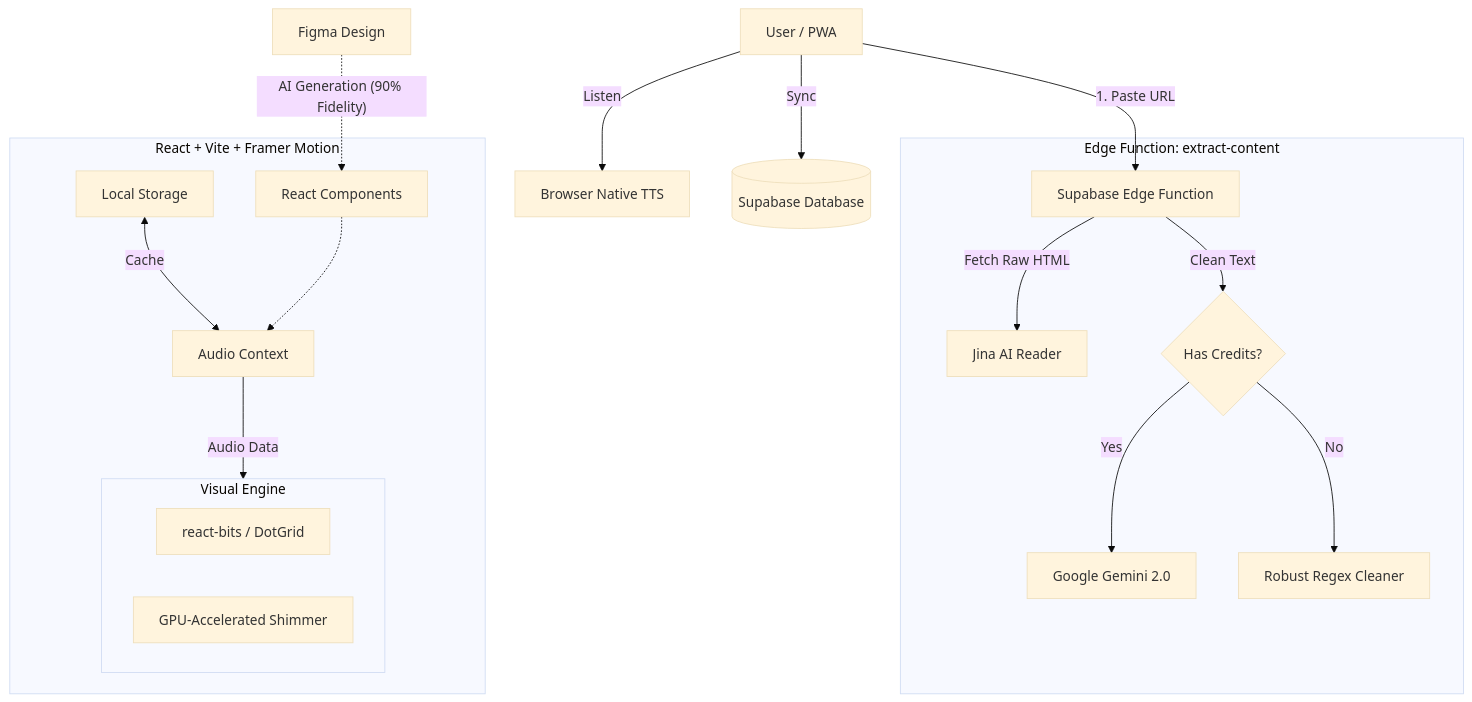
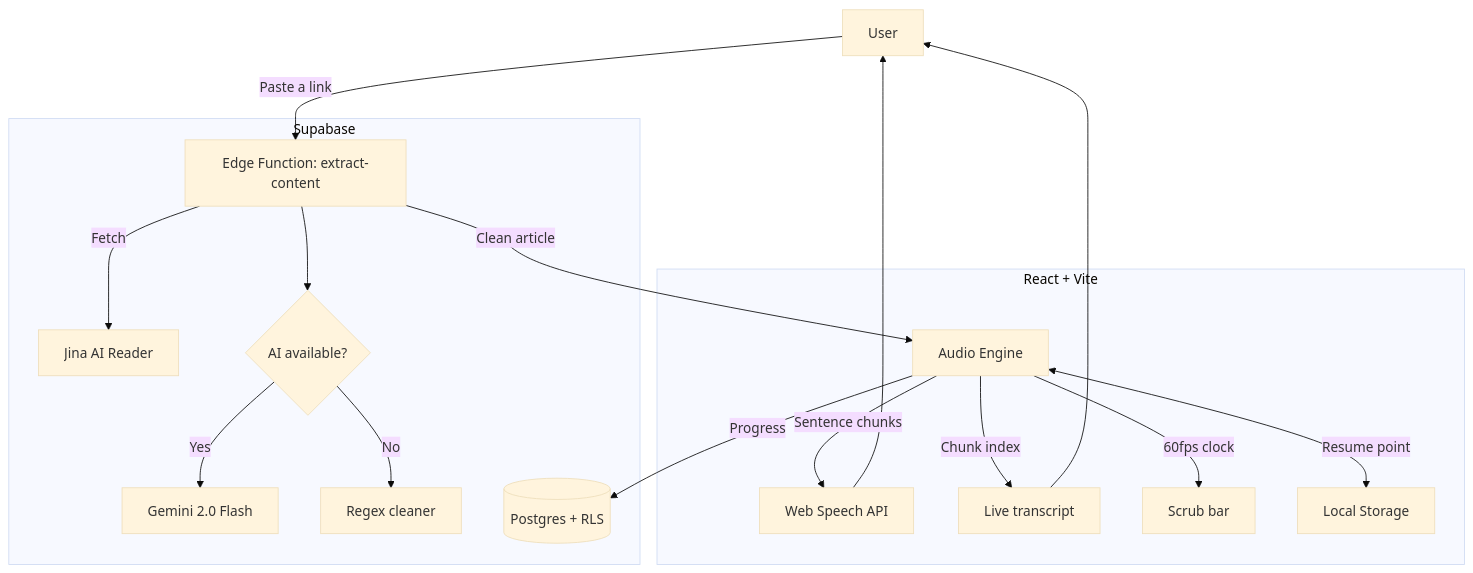
One commit to nabrahma/AudiText changed the diagram in README.md. Above: the diagram before and after it, drawn with Mermaid (base theme). The commit also changed other lines of this file, not shown here.

````diff
--- a/README.md
+++ b/README.md
@@ -80,25 +186,25 @@
 ```mermaid
 graph TD
-    Design[Figma Design] -.-> |"AI Generation (90% Fidelity)"| Components
-    User[User / PWA] -->|1. Paste URL| Edge[Supabase Edge Function]
-    User -->|Listen| BrowserTTS[Browser Native TTS]
-    User -->|Sync| DB[(Supabase Database)]
-    
-    subgraph Backend [Edge Function: extract-content]
-        Edge -->|Fetch Raw HTML| Jina[Jina AI Reader]
-        Edge -->|Clean Text| AI_Logic{Has Credits?}
-        AI_Logic -->|Yes| Gemini[Google Gemini 2.0]
-        AI_Logic -->|No| Manual[Robust Regex Cleaner]
+    User[User] -->|Paste a link| Edge[Edge Function: extract-content]
+
+    subgraph Backend [Supabase]
+        Edge -->|Fetch| Jina[Jina AI Reader]
+        Edge --> AI{AI available?}
+        AI -->|Yes| Gemini[Gemini 2.0 Flash]
+        AI -->|No| Fallback[Regex cleaner]
+        DB[(Postgres + RLS)]
     end
-    
-    subgraph Frontend [React + Vite + Framer Motion]
-        Components[React Components]
-        Store[Local Storage] <-->|Cache| State[Audio Context]
-        Components -.-> State
-        State -->|Audio Data| Visuals
-        subgraph Visuals [Visual Engine]
-             Bits[react-bits / DotGrid]
-             Shimmer[GPU-Accelerated Shimmer]
-        end
+
+    Edge -->|Clean article| Audio[Audio Engine]
+
+    subgraph Frontend [React + Vite]
+        Audio -->|Sentence chunks| TTS[Web Speech API]
+        Audio -->|Chunk index| Transcript[Live transcript]
+        Audio -->|60fps clock| Scrubber[Scrub bar]
+        Audio <-->|Resume point| Local[Local Storage]
     end
+
+    Audio -->|Progress| DB
+    Transcript --> User
+    TTS --> User
 ```
````
